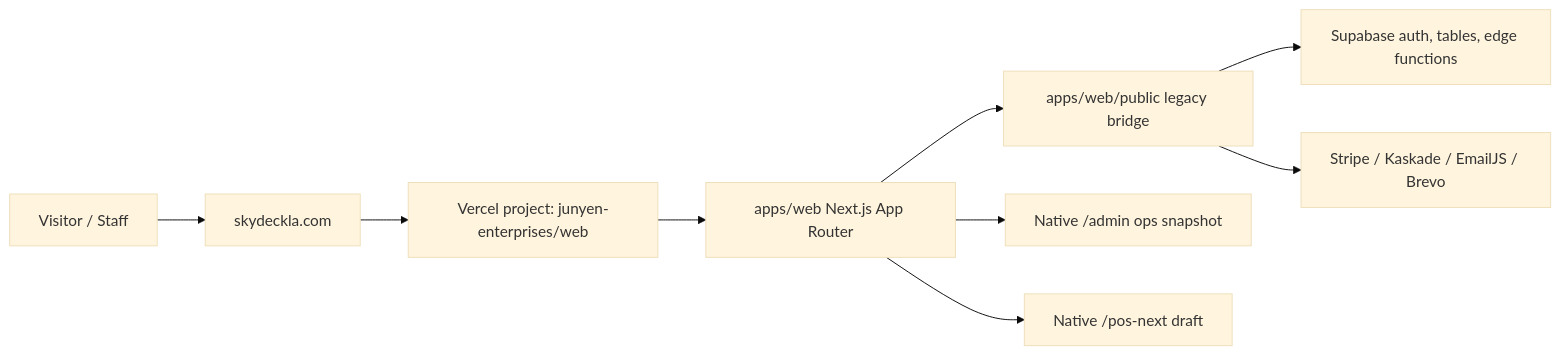
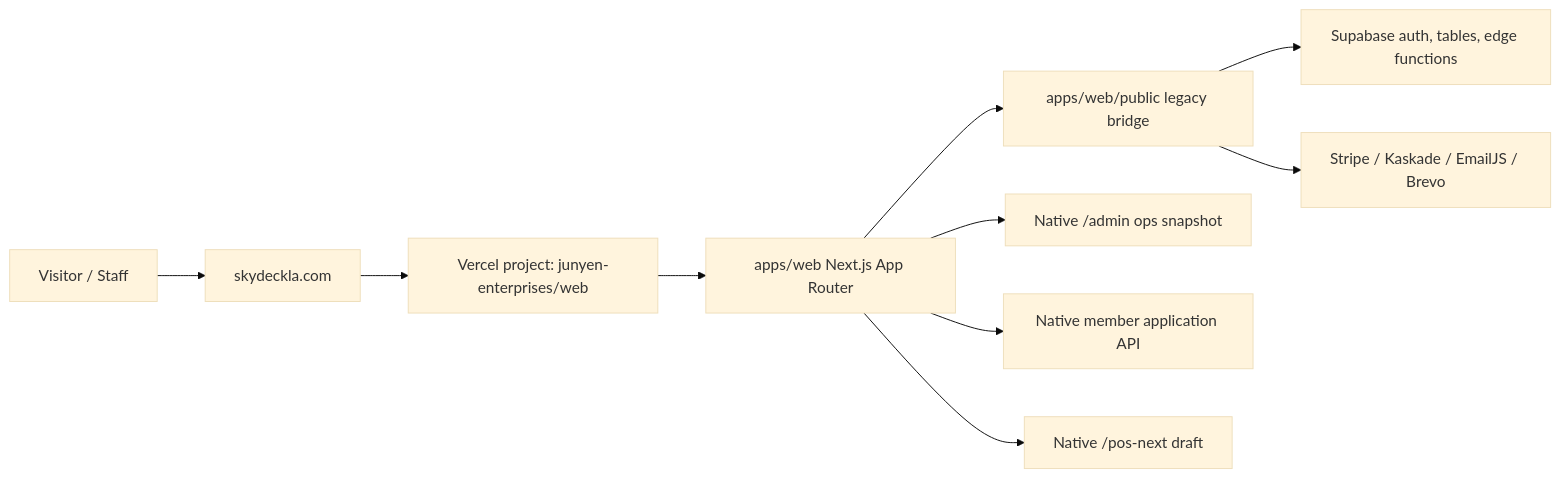
Before and after one commit to junyengit/skyla: the first of 2 diagrams in docs/phase-2-roadmap.md, drawn with Mermaid (base theme). The commit also changed other lines of this file and 12 other files, not shown here.

Commit message:
Add native member application spine

````diff
--- a/docs/phase-2-roadmap.md
+++ b/docs/phase-2-roadmap.md
@@ -20,21 +20,23 @@
 ```mermaid
 flowchart LR
   visitor["Visitor / Staff"]
   domain["skydeckla.com"]
   vercel["Vercel project: junyen-enterprises/web"]
   next["apps/web Next.js App Router"]
   bridge["apps/web/public legacy bridge"]
   admin["Native /admin ops snapshot"]
+  members["Native member application API"]
   posDraft["Native /pos-next draft"]
   supabase["Supabase auth, tables, edge functions"]
   payments["Stripe / Kaskade / EmailJS / Brevo"]
 
   visitor --> domain
   domain --> vercel
   vercel --> next
   next --> bridge
   next --> admin
+  next --> members
   next --> posDraft
   bridge --> supabase
   bridge --> payments
 ```
````
